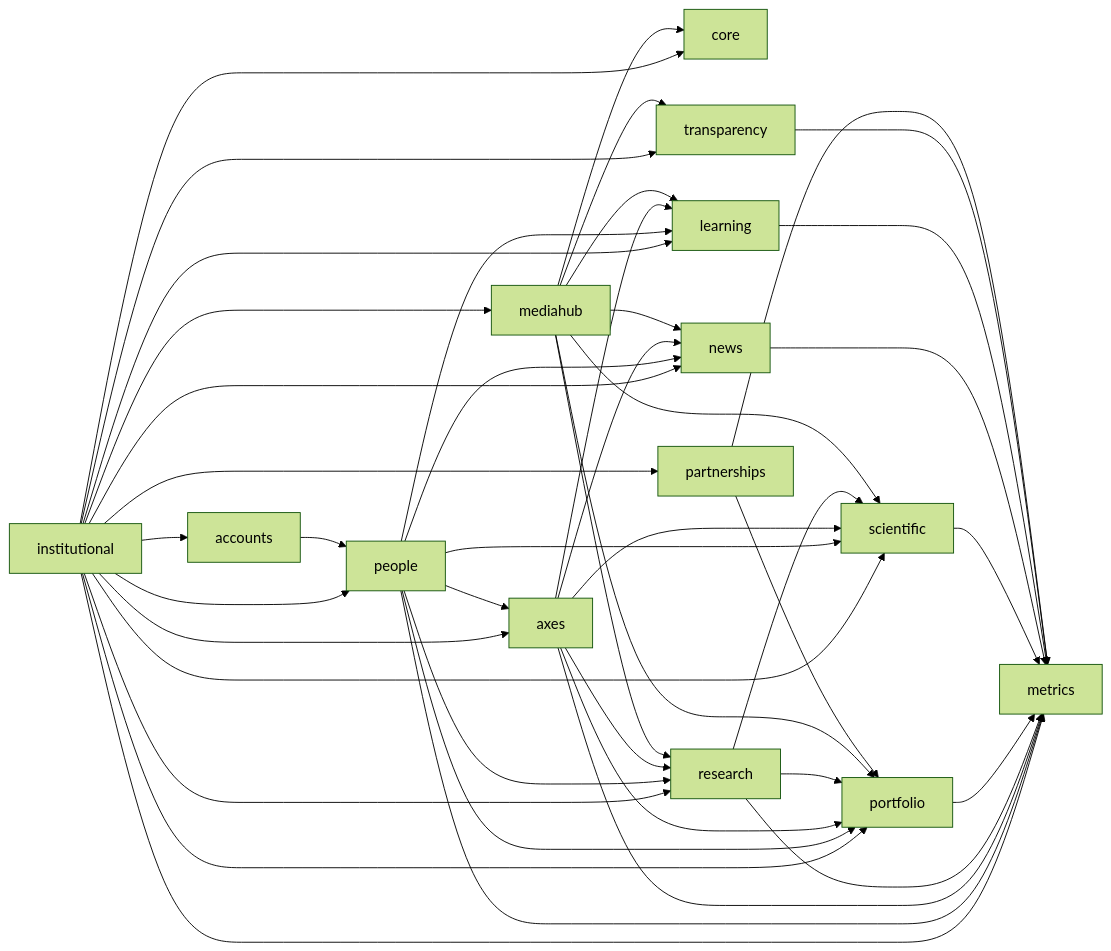
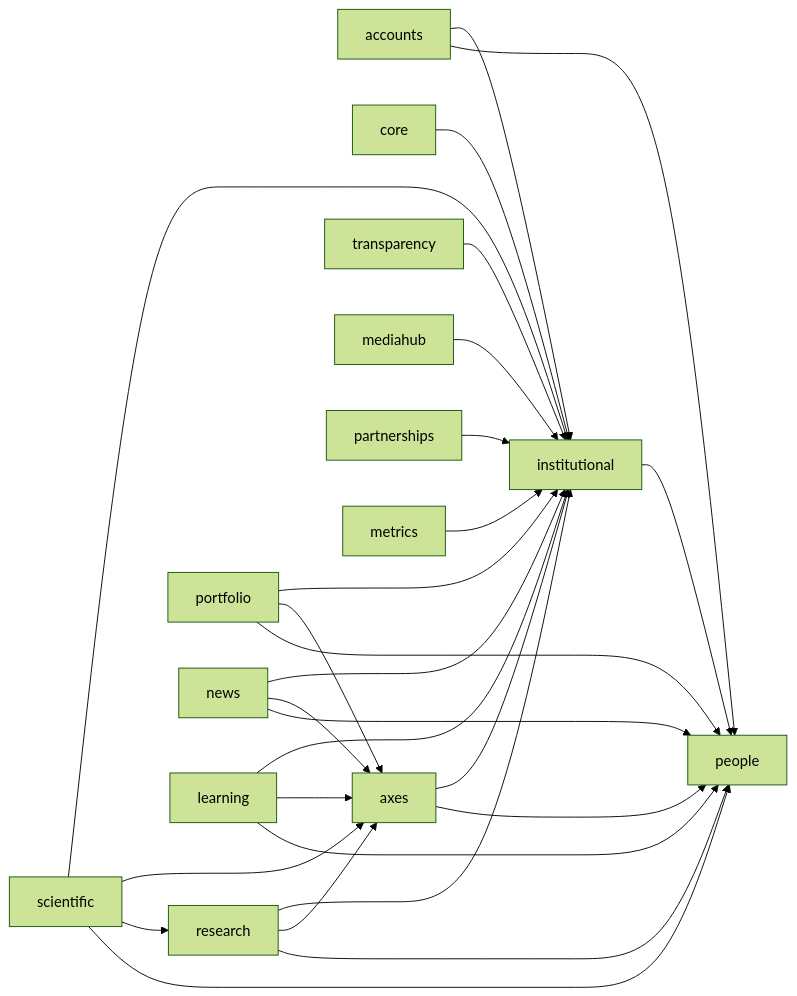
Before and after one commit to MarcosVini753/latec-in: the diagram in docs/architecture/diagrams/module-map.md, drawn with Mermaid (forest theme). The commit also changed other lines of this file and 35 other files, not shown here.

Commit message:
feat: add institutional research domains

````diff
--- a/docs/architecture/diagrams/module-map.md
+++ b/docs/architecture/diagrams/module-map.md
@@ -3,54 +3,36 @@
 ```mermaid
 flowchart LR
-  institutional --> accounts
-  institutional --> core
+  accounts --> institutional
+  accounts --> people
   institutional --> people
-  institutional --> axes
-  institutional --> research
-  institutional --> portfolio
-  institutional --> scientific
-  institutional --> news
-  institutional --> learning
-  institutional --> transparency
-  institutional --> mediahub
-  institutional --> partnerships
-  institutional --> metrics
 
-  accounts --> people
+  core --> institutional
+  axes --> institutional
+  axes --> people
 
-  people --> axes
-  people --> research
-  people --> portfolio
-  people --> scientific
-  people --> news
-  people --> learning
+  research --> institutional
+  research --> axes
+  research --> people
 
-  axes --> research
-  axes --> portfolio
-  axes --> scientific
-  axes --> news
-  axes --> learning
+  portfolio --> institutional
+  portfolio --> axes
+  portfolio --> people
 
-  research --> scientific
-  research --> portfolio
+  scientific --> institutional
+  scientific --> axes
+  scientific --> research
+  scientific --> people
 
-  mediahub --> core
-  mediahub --> research
-  mediahub --> portfolio
-  mediahub --> scientific
-  mediahub --> news
-  mediahub --> learning
-  mediahub --> transparency
+  news --> institutional
+  news --> axes
+  news --> people
 
-  partnerships --> portfolio
+  learning --> institutional
+  learning --> axes
+  learning --> people
 
-  people --> metrics
-  axes --> metrics
-  research --> metrics
-  portfolio --> metrics
-  scientific --> metrics
-  news --> metrics
-  learning --> metrics
-  transparency --> metrics
-  partnerships --> metrics
+  transparency --> institutional
+  mediahub --> institutional
+  partnerships --> institutional
+  metrics --> institutional
 ```
````
